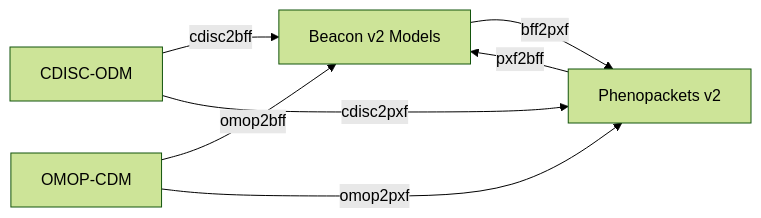
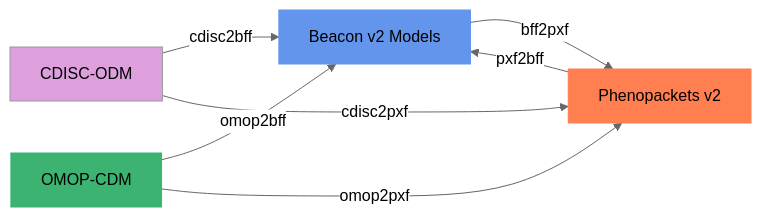
Before and after one commit to CNAG-Biomedical-Informatics/convert-pheno: the diagram in docs/supported-formats.md, drawn with Mermaid. The commit also changed other lines of this file and 26 other files, not shown here.

````diff
--- a/docs/supported-formats.md
+++ b/docs/supported-formats.md
@@ -10,10 +5,20 @@
 ```mermaid
-%%{init: {'theme':'forest'}}%%
+%%{init: {'theme':'neutral'}}%%
 graph LR
   A[Beacon v2 Models] -->|bff2pxf| B[Phenopackets v2]
   C[CDISC-ODM] -->|cdisc2bff| A;
   D[OMOP-CDM] -->|omop2bff| A;
   B -->|pxf2bff| A;
   C -->|cdisc2pxf| B;
   D -->|omop2pxf| B;
+
+  style A fill: #6495ED
+  style A stroke: #6495ED
+  style B fill: #FF7F50
+  style B stroke: #FF7F50
+  style C fill: #DDA0DD
+  style C stroke: #DDA0D
+  style D fill: #3CB371
+  style D stroke: #3CB371
+
 ```
````
